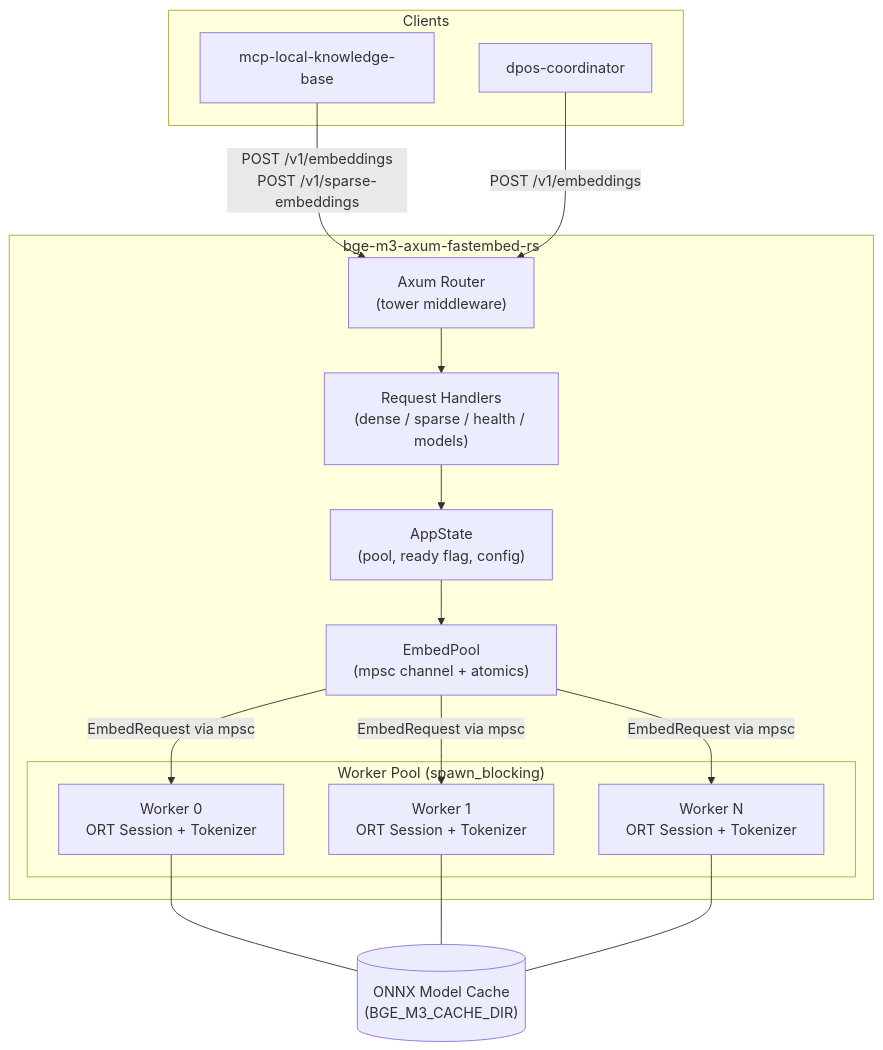
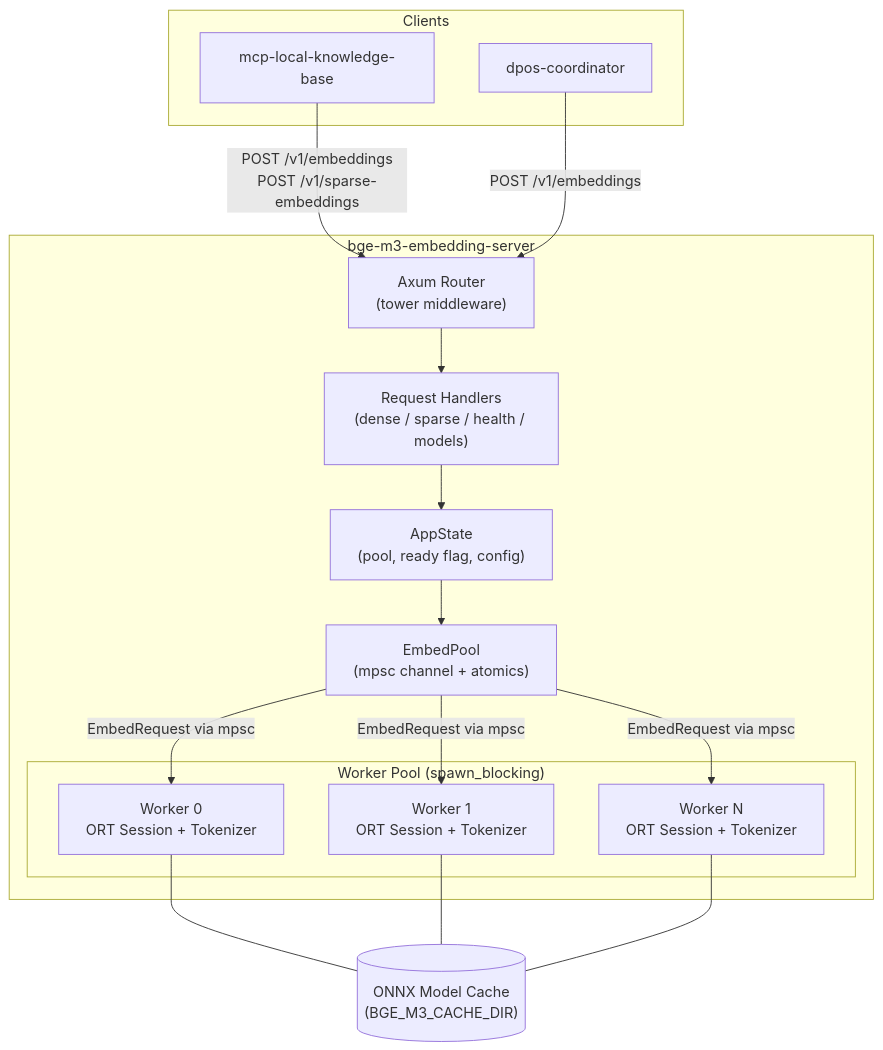
The first of 4 diagrams in docs/architecture.md (Fulton-Engineering-Services/bge-m3-embedding-server), drawn with Mermaid before and after one commit. The commit also changed other lines of this file and 16 other files, not shown here.

First line of the commit message:
chore: rename project to bge-m3-embedding-server (#16)

````diff
--- a/docs/architecture.md
+++ b/docs/architecture.md
@@ -11,34 +11,34 @@
 ```mermaid
 graph TB
     subgraph Clients
         KnowledgeBase["mcp-local-knowledge-base"]
         Coordinator["dpos-coordinator"]
     end
 
-    subgraph "bge-m3-axum-fastembed-rs"
+    subgraph "bge-m3-embedding-server"
         Router["Axum Router<br/>(tower middleware)"]
         Handlers["Request Handlers<br/>(dense / sparse / health / models)"]
         AppState["AppState<br/>(pool, ready flag, config)"]
         Pool["EmbedPool<br/>(mpsc channel + atomics)"]
 
         subgraph "Worker Pool (spawn_blocking)"
             W0["Worker 0<br/>ORT Session + Tokenizer"]
             W1["Worker 1<br/>ORT Session + Tokenizer"]
             Wn["Worker N<br/>ORT Session + Tokenizer"]
         end
     end
 
     Cache[("ONNX Model Cache<br/>(BGE_M3_CACHE_DIR)")]
 
     KnowledgeBase -->|"POST /v1/embeddings<br/>POST /v1/sparse-embeddings"| Router
     Coordinator -->|"POST /v1/embeddings"| Router
     Router --> Handlers
     Handlers --> AppState
     AppState --> Pool
     Pool -->|"EmbedRequest via mpsc"| W0
     Pool -->|"EmbedRequest via mpsc"| W1
     Pool -->|"EmbedRequest via mpsc"| Wn
     W0 --- Cache
     W1 --- Cache
     Wn --- Cache
 ```
````
